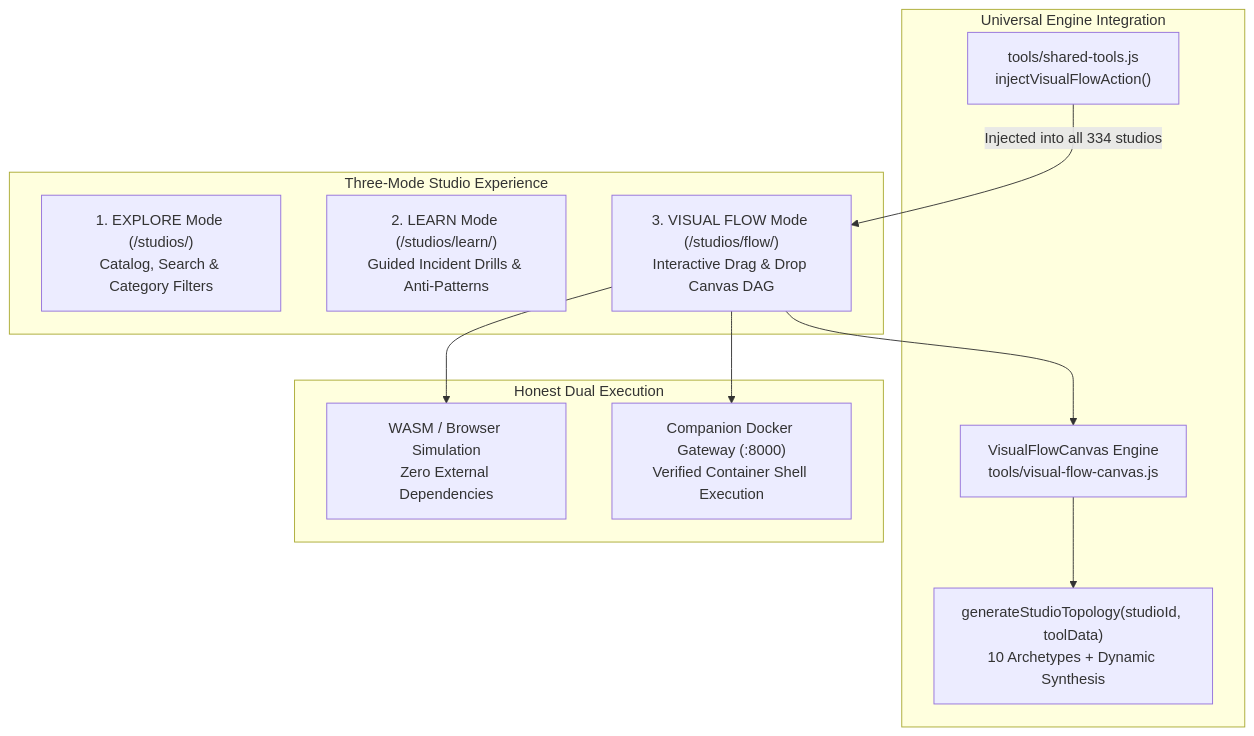
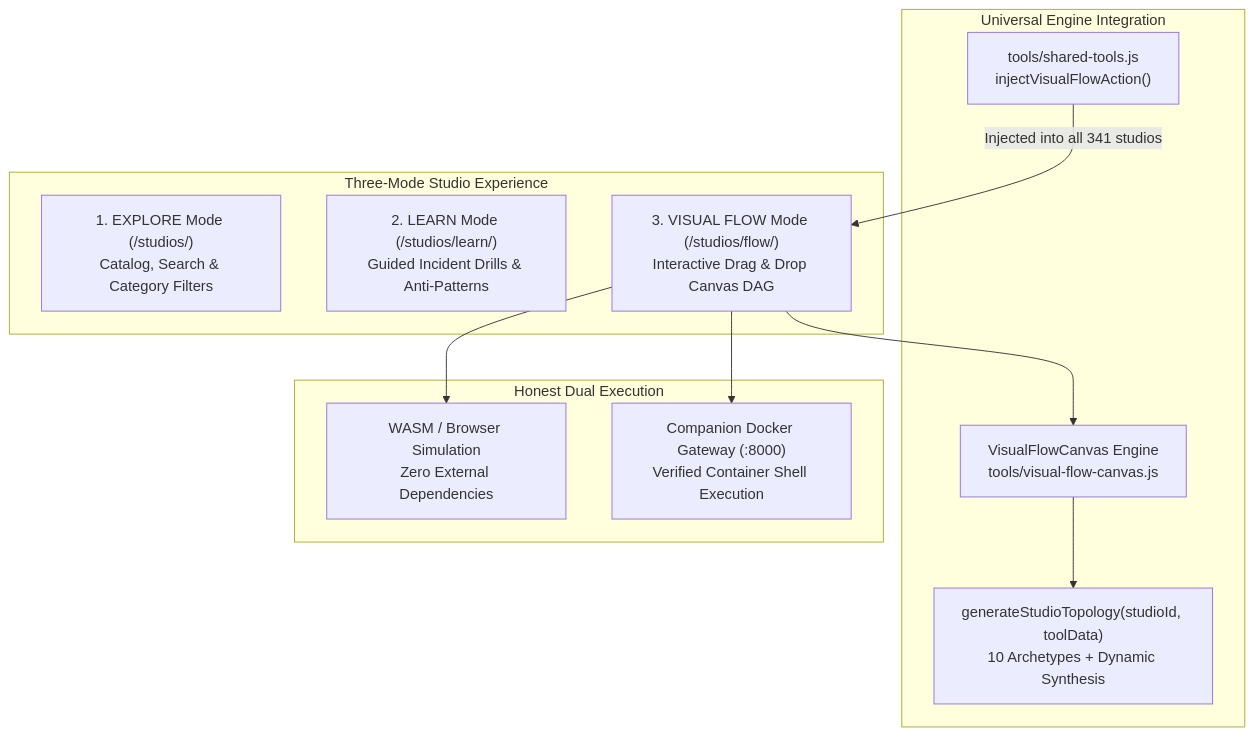
The diagram in VISUAL_FLOW_STUDIOS_SPECIFICATION.md (Pradeeptalari14/portfolio), drawn with Mermaid before and after one commit. The commit also changed other lines of this file and 26 other files, not shown here.

````diff
--- a/VISUAL_FLOW_STUDIOS_SPECIFICATION.md
+++ b/VISUAL_FLOW_STUDIOS_SPECIFICATION.md
@@ -16,19 +16,19 @@
 ```mermaid
 graph TD
     subgraph Three-Mode Studio Experience
         E["1. EXPLORE Mode (/studios/)<br/>Catalog, Search & Category Filters"]
         L["2. LEARN Mode (/studios/learn/)<br/>Guided Incident Drills & Anti-Patterns"]
         V["3. VISUAL FLOW Mode (/studios/flow/)<br/>Interactive Drag & Drop Canvas DAG"]
     end
     
     subgraph Universal Engine Integration
-        ST["tools/shared-tools.js<br/>injectVisualFlowAction()"] -->|Injected into all 334 studios| V
+        ST["tools/shared-tools.js<br/>injectVisualFlowAction()"] -->|Injected into all 341 studios| V
         V --> TOP["VisualFlowCanvas Engine<br/>tools/visual-flow-canvas.js"]
         TOP --> TopoGen["generateStudioTopology(studioId, toolData)<br/>10 Archetypes + Dynamic Synthesis"]
     end
 
     subgraph Honest Dual Execution
         V --> WASM["WASM / Browser Simulation<br/>Zero External Dependencies"]
         V --> DOCKER["Companion Docker Gateway (:8000)<br/>Verified Container Shell Execution"]
     end
 ```
````
